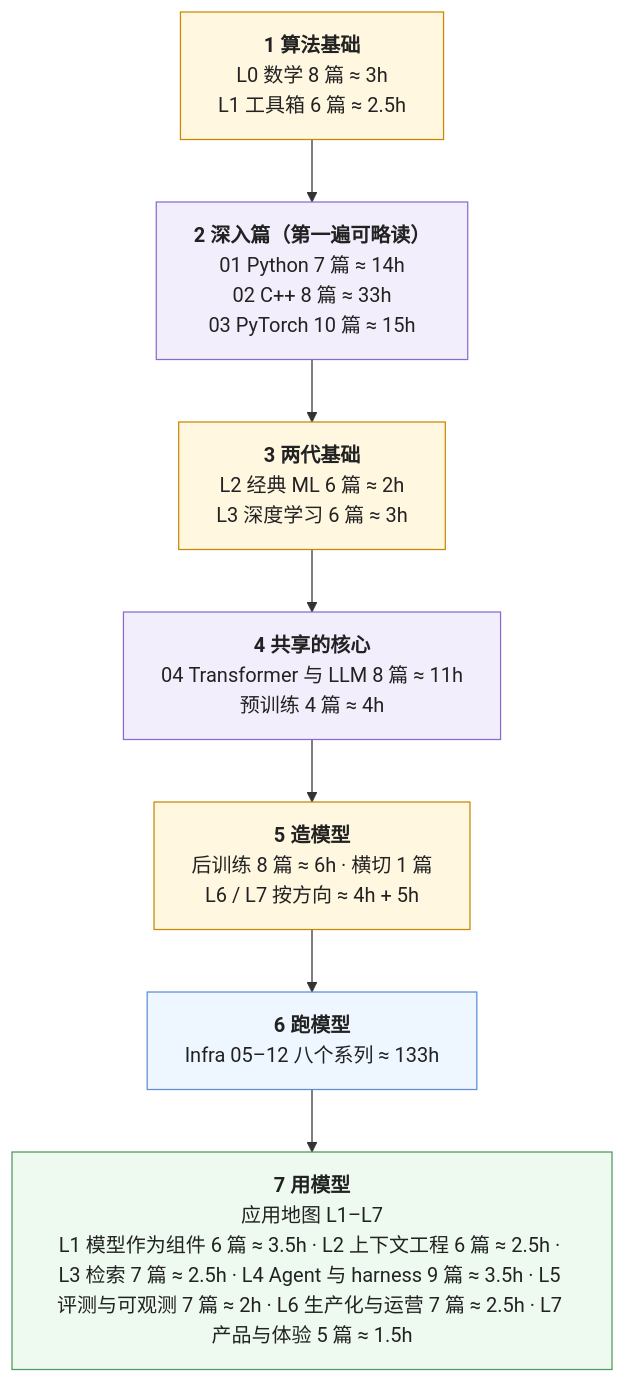
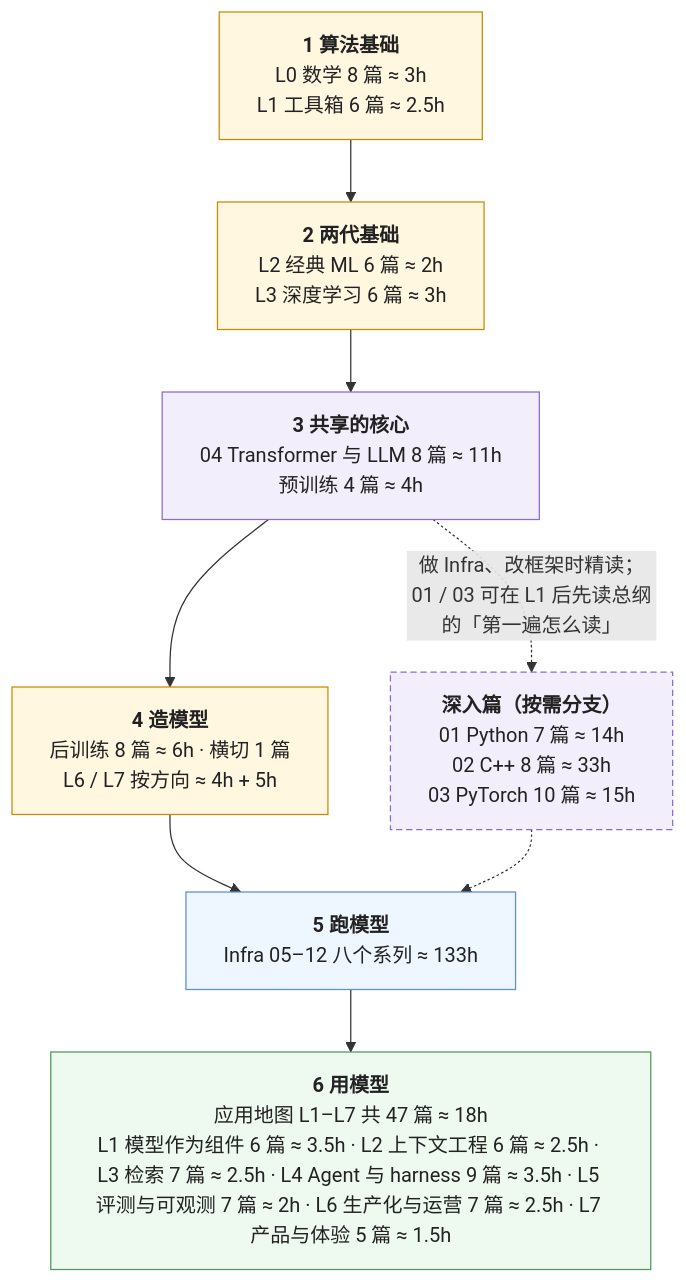
The second of 2 diagrams in _posts/2026-01-01-ai-fullstack-learning-roadmap.md (arganzheng/arganzheng.github.com), drawn with Mermaid before and after one commit. The commit also changed other lines of this file and 9 other files, not shown here.

First line of the commit message:
三张地图：深入篇改为按需分支、补硬件说明；关键推导旁加循环代码与准确的后端类比

````diff
--- a/_posts/2026-01-01-ai-fullstack-learning-roadmap.md
+++ b/_posts/2026-01-01-ai-fullstack-learning-roadmap.md
@@ -134,35 +135,39 @@
 ```mermaid
 %%{init: {"flowchart": {"wrappingWidth": 420}}}%%
 flowchart TB
     S1["`**1 算法基础**
 L0 数学 8 篇 ≈ 3h
 L1 工具箱 6 篇 ≈ 2.5h`"]
-    S2["`**2 深入篇（第一遍可略读）**
+    S2["`**深入篇（按需分支）**
 01 Python 7 篇 ≈ 14h
 02 C++ 8 篇 ≈ 33h
 03 PyTorch 10 篇 ≈ 15h`"]
-    S3["`**3 两代基础**
+    S3["`**2 两代基础**
 L2 经典 ML 6 篇 ≈ 2h
 L3 深度学习 6 篇 ≈ 3h`"]
-    S4["`**4 共享的核心**
+    S4["`**3 共享的核心**
 04 Transformer 与 LLM 8 篇 ≈ 11h
 预训练 4 篇 ≈ 4h`"]
-    S5["`**5 造模型**
+    S5["`**4 造模型**
 后训练 8 篇 ≈ 6h · 横切 1 篇
 L6 / L7 按方向 ≈ 4h + 5h`"]
-    S6["`**6 跑模型**
+    S6["`**5 跑模型**
 Infra 05–12 八个系列 ≈ 133h`"]
-    S7["`**7 用模型**
-应用地图 L1–L7
+    S7["`**6 用模型**
+应用地图 L1–L7 共 47 篇 ≈ 18h
 L1 模型作为组件 6 篇 ≈ 3.5h · L2 上下文工程 6 篇 ≈ 2.5h · L3 检索 7 篇 ≈ 2.5h · L4 Agent 与 harness 9 篇 ≈ 3.5h · L5 评测与可观测 7 篇 ≈ 2h · L6 生产化与运营 7 篇 ≈ 2.5h · L7 产品与体验 5 篇 ≈ 1.5h`"]
-    S1 --> S2 --> S3 --> S4 --> S5 --> S6 --> S7
+    S1 --> S3 --> S4 --> S5 --> S6 --> S7
+    S4 -. "做 Infra、改框架时精读；\n01 / 03 可在 L1 后先读总纲的「第一遍怎么读」" .-> S2
+    S2 -.-> S6
 
     classDef algo fill:#fff7e0,stroke:#c98a00,stroke-width:1px,color:#222
     classDef infra fill:#eef6ff,stroke:#5b8fd6,stroke-width:1px,color:#222
     classDef app fill:#eefaf0,stroke:#4d9a5c,stroke-width:1px,color:#222
     classDef shared fill:#f3eefc,stroke:#8a6bd1,stroke-width:1px,color:#222
+    classDef deep fill:#f3eefc,stroke:#8a6bd1,stroke-width:1px,color:#222,stroke-dasharray:5 3
     class S1,S3,S5 algo
-    class S2,S4 shared
+    class S2 deep
+    class S4 shared
     class S6 infra
     class S7 app
 ```
````
